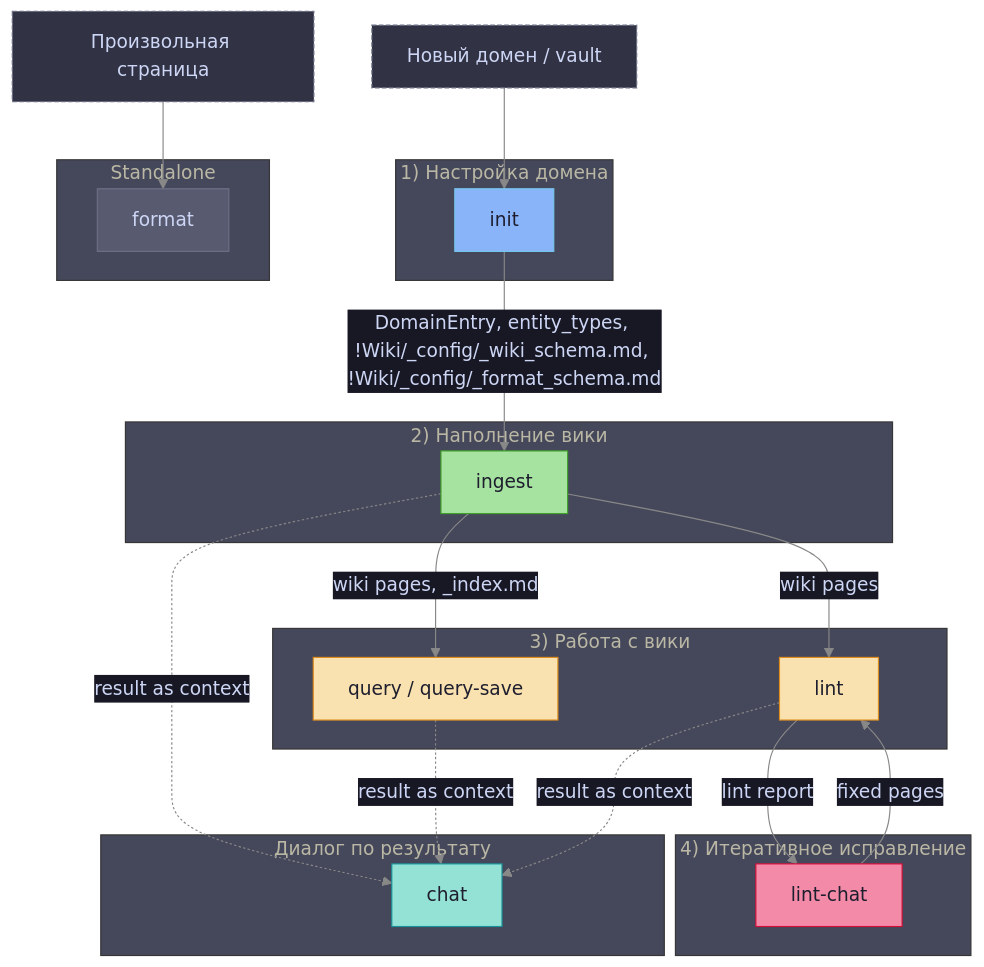
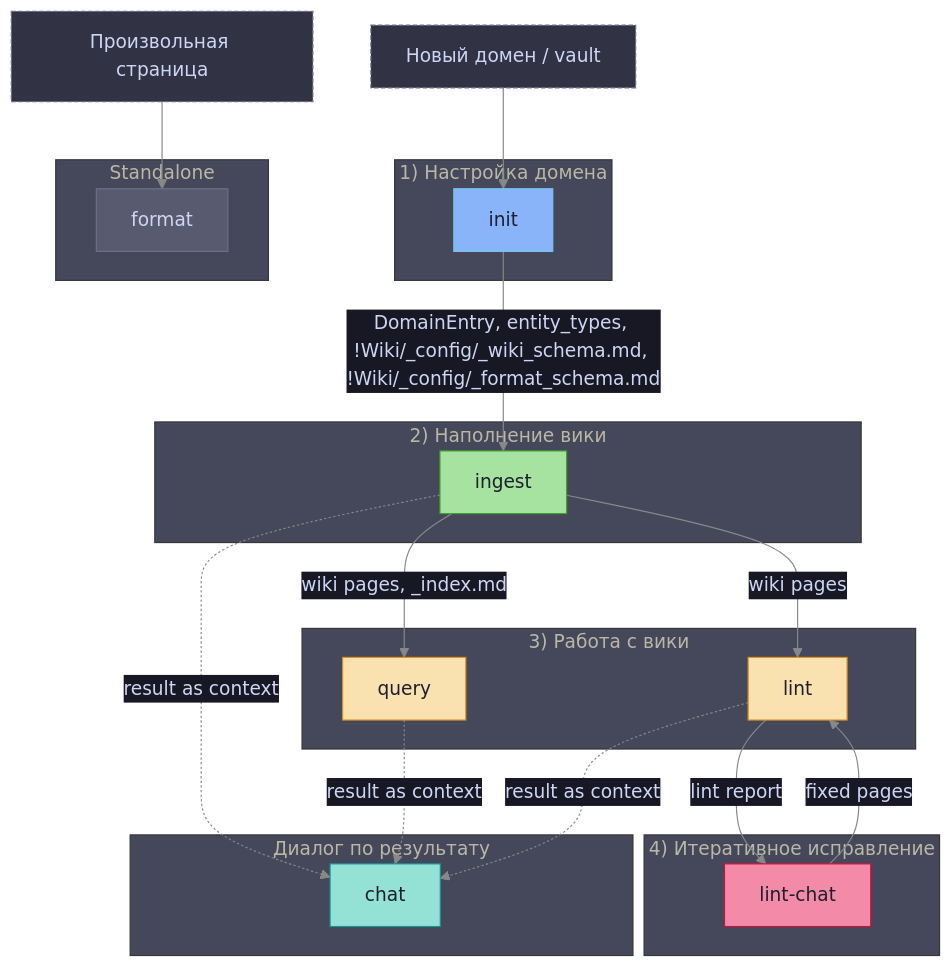
One commit to ikeniborn/obsidian-ai-wiki changed the first of 5 diagrams in docs/prompt-architecture.md. Above: the diagram before and after it, drawn with Mermaid. The commit also changed other lines of this file, not shown here.

Commit message:
docs: update prompt-architecture — query naming, diagram clarifications, lint-chat

````diff
--- a/docs/prompt-architecture.md
+++ b/docs/prompt-architecture.md
@@ -7,60 +7,60 @@
 ```mermaid
 %%{init: {'theme': 'base', 'themeVariables': {'background': '#1e1e2e', 'primaryColor': '#313244', 'primaryTextColor': '#cdd6f4', 'primaryBorderColor': '#89b4fa', 'lineColor': '#888888', 'secondaryColor': '#181825', 'tertiaryColor': '#45475a'}}}%%
 flowchart TD
     NEW["Новый домен / vault"]
     PAGE["Произвольная страница"]
 
     subgraph s1["1) Настройка домена"]
         INIT["init"]
     end
 
     subgraph s2["2) Наполнение вики"]
         INGEST["ingest"]
     end
 
     subgraph s3["3) Работа с вики"]
-        QUERY["query / query-save"]
+        QUERY["query"]
         LINT["lint"]
     end
 
     subgraph s4["4) Итеративное исправление"]
         LINTCHAT["lint-chat"]
     end
 
     subgraph s5["Диалог по результату"]
         CHAT["chat"]
     end
 
     subgraph s6["Standalone"]
         FORMAT["format"]
     end
 
     NEW --> INIT
     INIT -->|"DomainEntry, entity_types, !Wiki/_config/_wiki_schema.md, !Wiki/_config/_format_schema.md"| INGEST
     INGEST -->|"wiki pages, _index.md"| QUERY
     INGEST -->|"wiki pages"| LINT
     LINT -->|"lint report"| LINTCHAT
     LINTCHAT -->|"fixed pages"| LINT
 
     INGEST -.->|"result as context"| CHAT
     QUERY  -.->|"result as context"| CHAT
     LINT   -.->|"result as context"| CHAT
 
     PAGE --> FORMAT
 
     classDef setup   fill:#89b4fa,color:#1e1e2e,stroke:#74c7ec
     classDef fill_op fill:#a6e3a1,color:#1e1e2e,stroke:#40a02b
     classDef use_op  fill:#f9e2af,color:#1e1e2e,stroke:#df8e1d
     classDef fix_op  fill:#f38ba8,color:#1e1e2e,stroke:#d20f39
     classDef dialog  fill:#94e2d5,color:#1e1e2e,stroke:#179299
     classDef solo    fill:#585b70,color:#cdd6f4,stroke:#6c7086
     classDef input   fill:#313244,color:#cdd6f4,stroke:#6c7086,stroke-dasharray:4 2
 
     class INIT setup
     class INGEST fill_op
     class QUERY,LINT use_op
     class LINTCHAT fix_op
     class CHAT dialog
     class FORMAT solo
     class NEW,PAGE input
 ```
````
